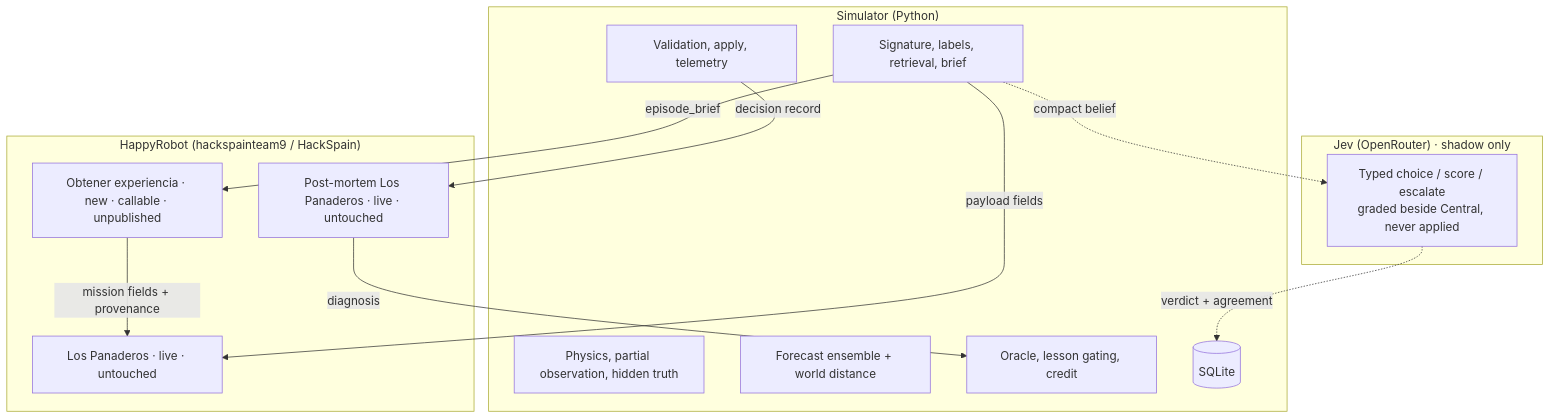
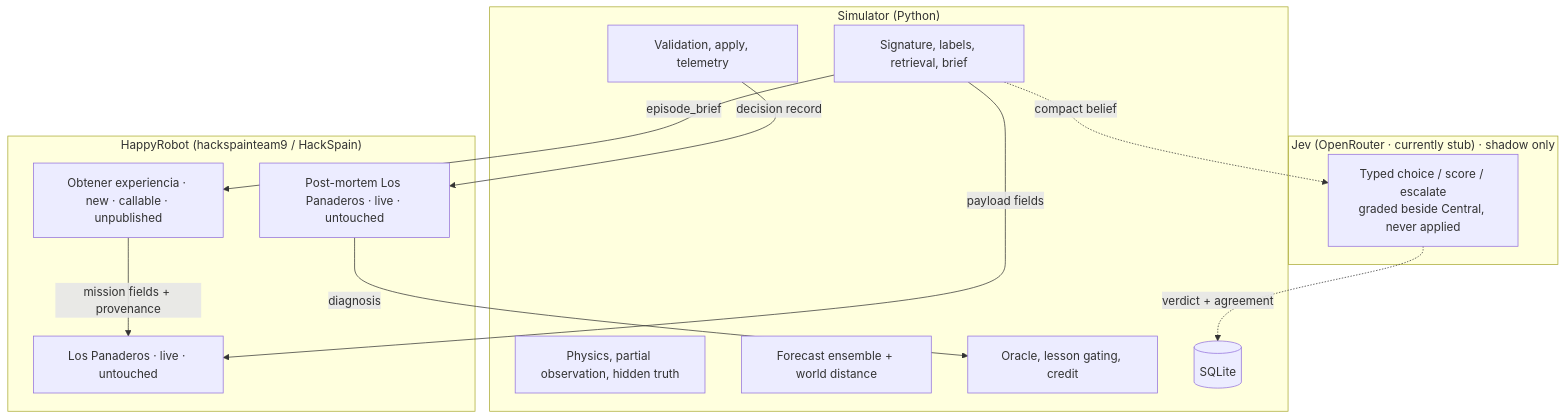
One commit to jucamohedano/Los_Panaderos changed the second of 6 diagrams in docs/self-healing-loop.md. Above: the diagram before and after it, drawn with Mermaid. The commit also changed other lines of this file and 2 other files, not shown here.

Commit message:
docs: Jev is a stub by default; real model needs credits; how to switch on

````diff
--- a/docs/self-healing-loop.md
+++ b/docs/self-healing-loop.md
@@ -54,26 +59,26 @@
 ```mermaid
 flowchart TB
   subgraph sim["Simulator (Python)"]
     s1[Physics, partial observation, hidden truth]
     s2[Forecast ensemble + world distance]
     s3[Signature, labels, retrieval, brief]
     s4[Validation, apply, telemetry]
     s5[Oracle, lesson gating, credit]
     s6[(SQLite)]
   end
   subgraph hr["HappyRobot (hackspainteam9 / HackSpain)"]
     h1[Los Panaderos · live · untouched]
     h2[Post-mortem Los Panaderos · live · untouched]
     h3[Obtener experiencia · new · callable · unpublished]
   end
-  subgraph jev["Jev (OpenRouter) · shadow only"]
+  subgraph jev["Jev (OpenRouter · currently stub) · shadow only"]
     j1[Typed choice / score / escalate<br/>graded beside Central, never applied]
   end
   s3 -->|payload fields| h1
   s3 -->|episode_brief| h3
   h3 -->|mission fields + provenance| h1
   s4 -->|decision record| h2
   h2 -->|diagnosis| s5
   s3 -.compact belief.-> j1
   j1 -.verdict + agreement.-> s6
 ```
````
